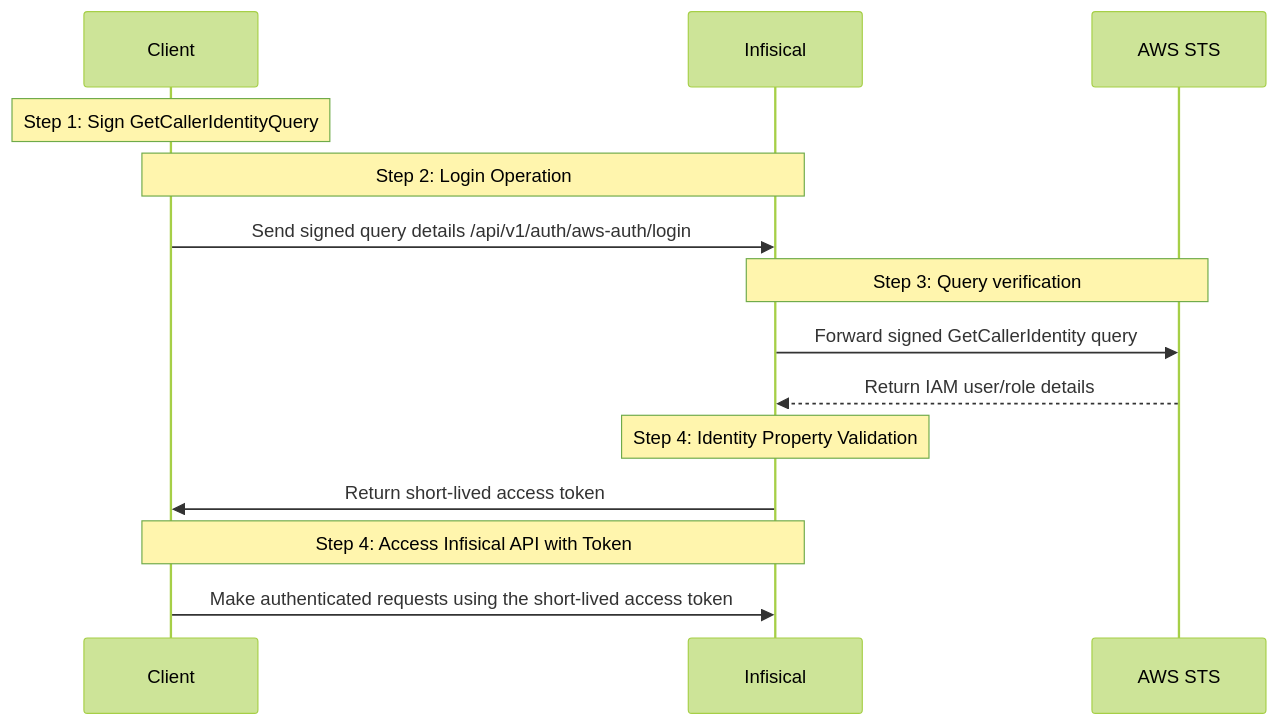
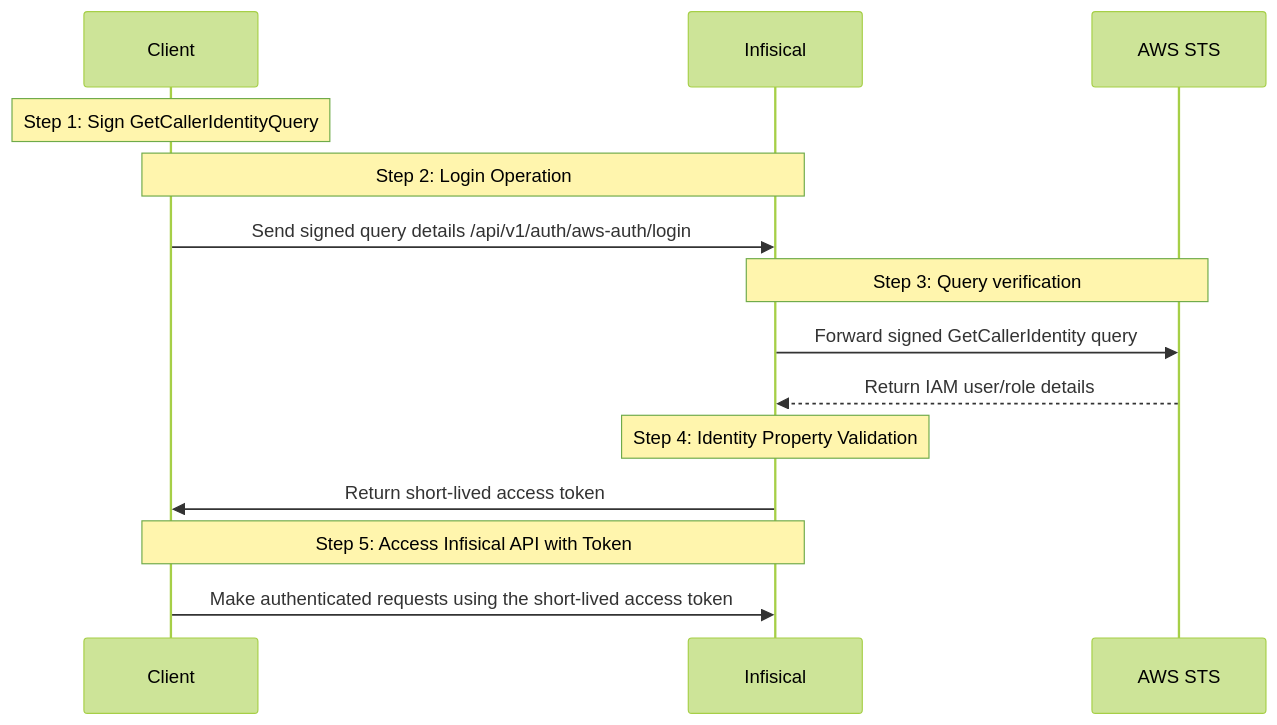
The diagram in docs/documentation/platform/identities/aws-auth.mdx (Infisical/infisical), drawn with Mermaid (forest theme) before and after one commit. The commit also changed other lines of this file and 3 other files, not shown here.

````diff
--- a/docs/documentation/platform/identities/aws-auth.mdx
+++ b/docs/documentation/platform/identities/aws-auth.mdx
@@ -12,21 +12,21 @@
 ```mermaid
 sequenceDiagram
   participant Client as Client
   participant Infis as Infisical
   participant AWS as AWS STS
 
   Note over Client,Client: Step 1: Sign GetCallerIdentityQuery
 
   Note over Client,Infis: Step 2: Login Operation
   Client->>Infis: Send signed query details /api/v1/auth/aws-auth/login
 
   Note over Infis,AWS: Step 3: Query verification
   Infis->>AWS: Forward signed GetCallerIdentity query
   AWS-->>Infis: Return IAM user/role details
 
   Note over Infis: Step 4: Identity Property Validation
   Infis->>Client: Return short-lived access token
 
-  Note over Client,Infis: Step 4: Access Infisical API with Token
+  Note over Client,Infis: Step 5: Access Infisical API with Token
   Client->>Infis: Make authenticated requests using the short-lived access token
 ```
````
